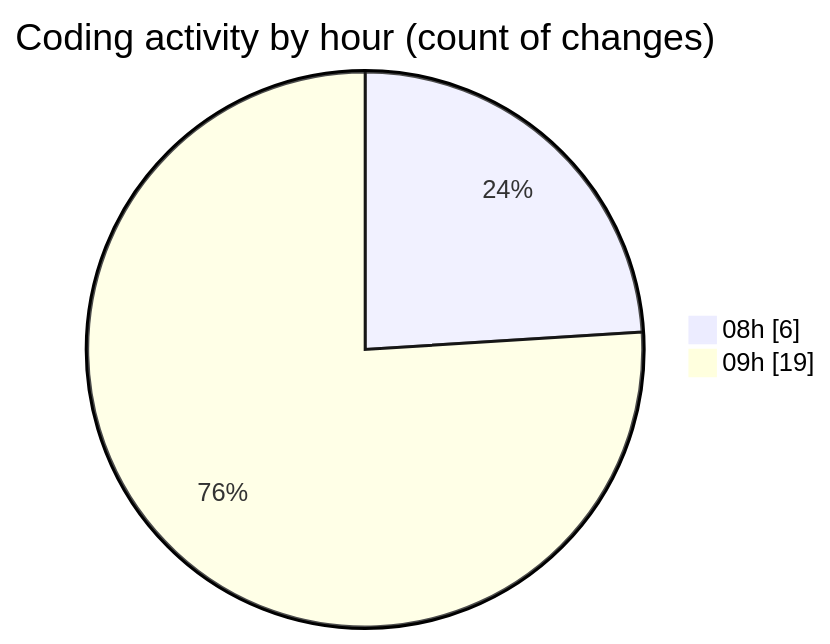
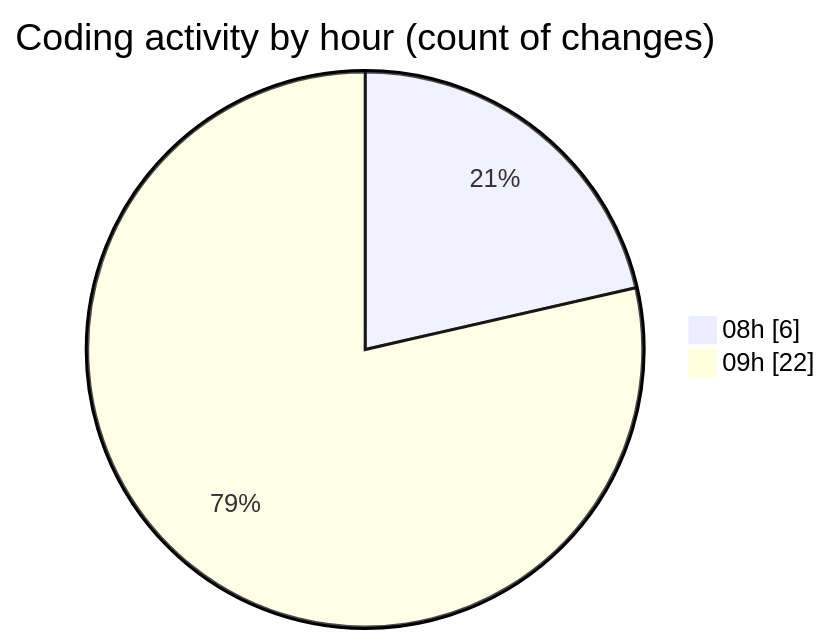
One commit to vahidmafi/code-tracking changed the second of 2 diagrams in 2025-04-11/zeytoon/README.md. Above: the diagram before and after it, drawn with Mermaid. The commit also changed other lines of this file and 1 other file, not shown here.

````diff
--- a/2025-04-11/zeytoon/README.md
+++ b/2025-04-11/zeytoon/README.md
@@ -32,6 +32,6 @@
 ```mermaid
 pie showData
 title Coding activity by hour (count of changes)
 "08h" : 6
-"09h" : 19
+"09h" : 22
 ```
````
